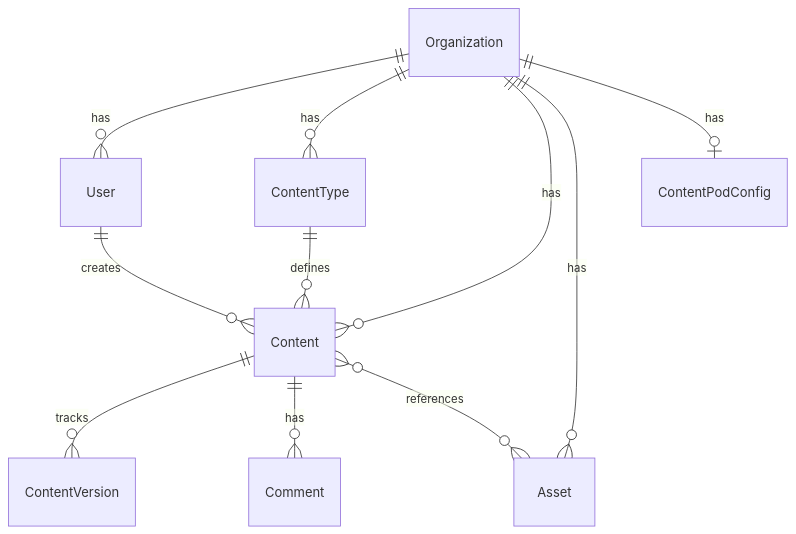
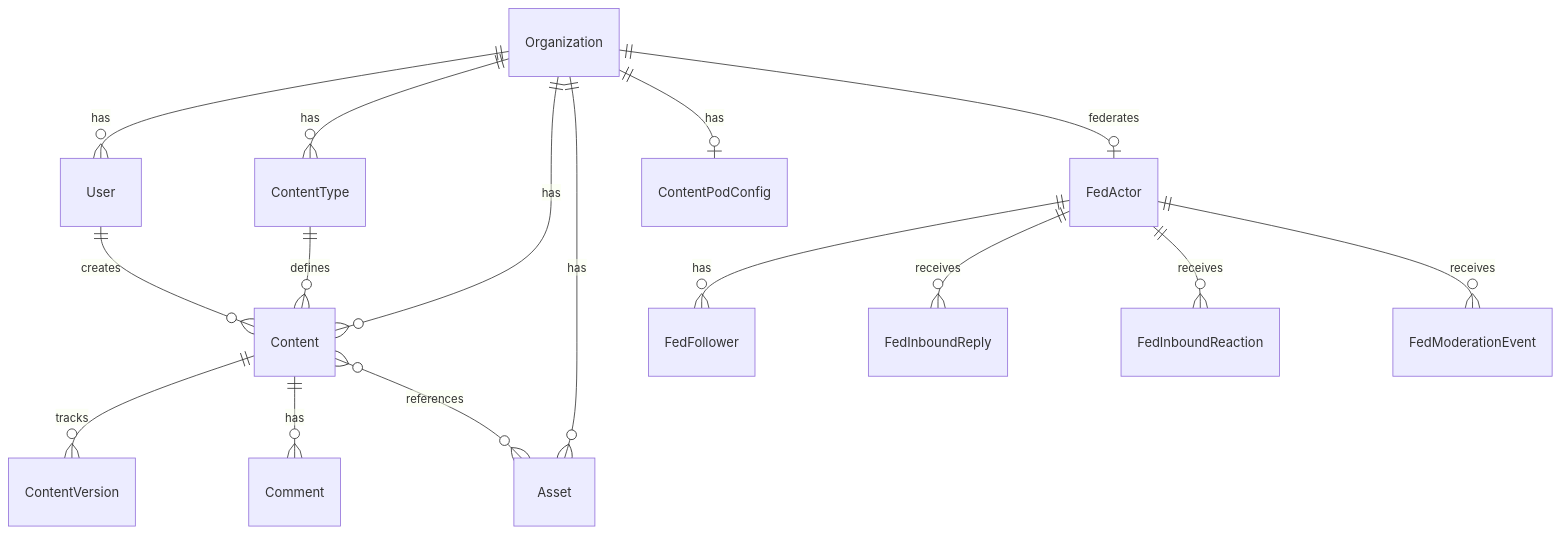
The third of 3 diagrams in architecture.mdx (roadbeat-studio/documentationai-Docs), drawn with Mermaid before and after one commit. The commit also changed other lines of this file and 6 other files, not shown here.

Commit message:
docs: add Federation (ActivityPub) guide, update architecture/concepts/changelog/nav for federation features

````diff
--- a/architecture.mdx
+++ b/architecture.mdx
@@ -170,13 +174,18 @@
 ```mermaid
 erDiagram
     Organization ||--o{ User : has
     Organization ||--o{ ContentType : has
     Organization ||--o{ Content : has
     Organization ||--o{ Asset : has
     Organization ||--o| ContentPodConfig : has
     ContentType ||--o{ Content : defines
     Content ||--o{ ContentVersion : tracks
     Content ||--o{ Comment : has
     Content }o--o{ Asset : references
     User ||--o{ Content : creates
+    Organization ||--o| FedActor : federates
+    FedActor ||--o{ FedFollower : has
+    FedActor ||--o{ FedInboundReply : receives
+    FedActor ||--o{ FedInboundReaction : receives
+    FedActor ||--o{ FedModerationEvent : receives
 ```
````
